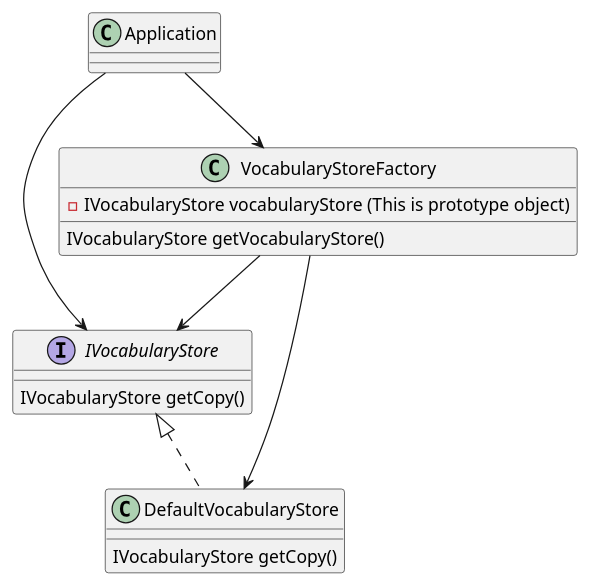
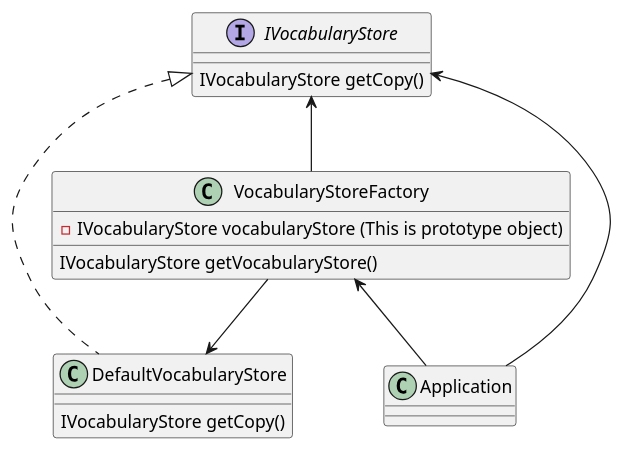
One commit to tusharjoshi/design-patterns-workshop changed the diagram in manual/book/ch06-prototype/ch06-prototype.adoc. Above: the diagram before and after it, drawn with PlantUML. The commit also changed 2 other files, not shown here.

Commit message:
Correct positioning of classes in uml diagrams

```diff
--- a/manual/book/ch06-prototype/ch06-prototype.adoc
+++ b/manual/book/ch06-prototype/ch06-prototype.adoc
@@ -10,19 +10,19 @@
 [plantuml, vocabulary-store, png]
 ----
 interface IVocabularyStore {
     IVocabularyStore getCopy()
 }
 class DefaultVocabularyStore {
     IVocabularyStore getCopy()
 }
 class VocabularyStoreFactory {
     {field} -IVocabularyStore vocabularyStore (This is prototype object)
     IVocabularyStore getVocabularyStore()
 }
 class Application
 IVocabularyStore <|.. DefaultVocabularyStore
-VocabularyStoreFactory --> IVocabularyStore
+IVocabularyStore <-- VocabularyStoreFactory
 VocabularyStoreFactory --> DefaultVocabularyStore
-Application --> IVocabularyStore
-Application--> VocabularyStoreFactory
+IVocabularyStore <-- Application
+VocabularyStoreFactory <-- Application
 ----
```
